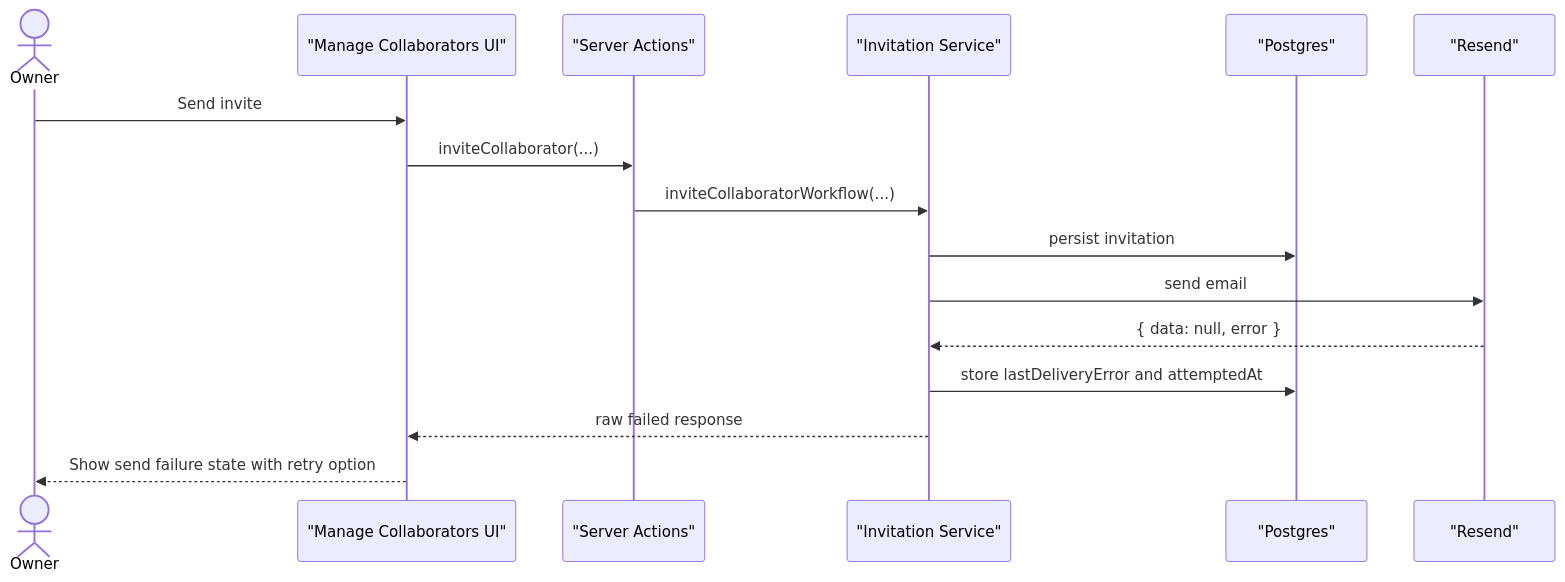
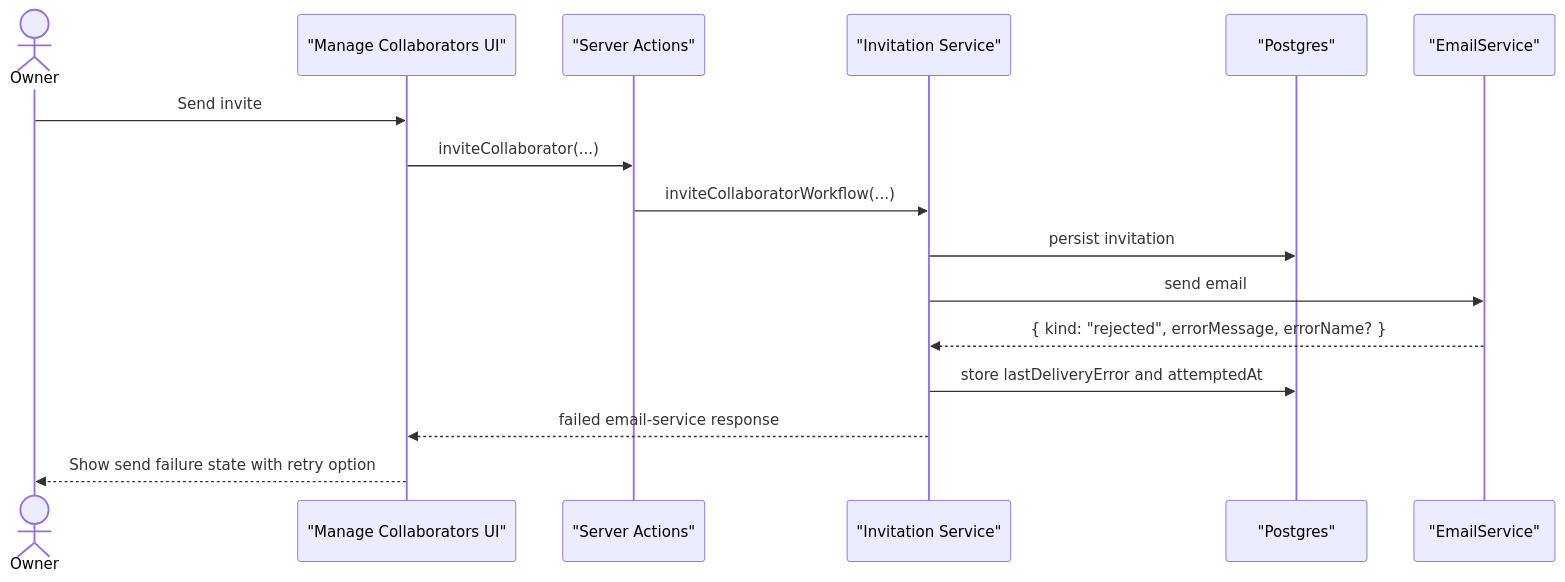
Diagram 11 of 18 in thoughts/shared/plans/2026-03-11-email-invitation-system-scenarios.md (Software-Design-Club/todo-app), drawn with Mermaid before and after one commit. The commit also changed other lines of this file and 1 other file, not shown here.

Commit message:
plan: expand invitation e2e coverage and email testability

````diff
--- a/thoughts/shared/plans/2026-03-11-email-invitation-system-scenarios.md
+++ b/thoughts/shared/plans/2026-03-11-email-invitation-system-scenarios.md
@@ -543,19 +546,19 @@
 ```mermaid
 sequenceDiagram
   actor Owner
   participant UI as "Manage Collaborators UI"
   participant Action as "Server Actions"
   participant Service as "Invitation Service"
   participant DB as "Postgres"
-  participant Resend as "Resend"
+  participant Email as "EmailService"
 
   Owner->>UI: Send invite
   UI->>Action: inviteCollaborator(...)
   Action->>Service: inviteCollaboratorWorkflow(...)
   Service->>DB: persist invitation
-  Service->>Resend: send email
-  Resend-->>Service: { data: null, error }
+  Service->>Email: send email
+  Email-->>Service: { kind: "rejected", errorMessage, errorName? }
   Service->>DB: store lastDeliveryError and attemptedAt
-  Service-->>UI: raw failed response
+  Service-->>UI: failed email-service response
   UI-->>Owner: Show send failure state with retry option
 ```
````
